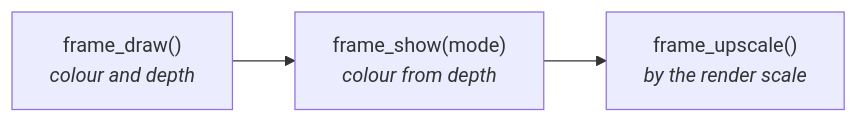
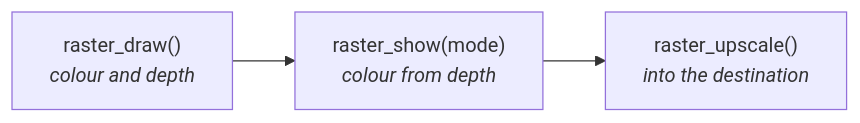
Before and after one commit to jose-villegas/autana: the third of 3 diagrams in docs/Mesh-Rendering.md, drawn with Mermaid. The commit also changed other lines of this file and 34 other files, not shown here.

Commit message:
render: frame becomes raster - destination size, scratch carved inside, trs back to r3d_

````diff
--- a/docs/Mesh-Rendering.md
+++ b/docs/Mesh-Rendering.md
@@ -123,5 +125,5 @@
 ```mermaid
 flowchart LR
-    Render["frame_draw()<br/><i>colour and depth</i>"] --> Show
-    Show["frame_show(mode)<br/><i>colour from depth</i>"] --> Upscale["frame_upscale()<br/><i>by the render scale</i>"]
+    Render["raster_draw()<br/><i>colour and depth</i>"] --> Show
+    Show["raster_show(mode)<br/><i>colour from depth</i>"] --> Upscale["raster_upscale()<br/><i>into the destination</i>"]
 ```
````
